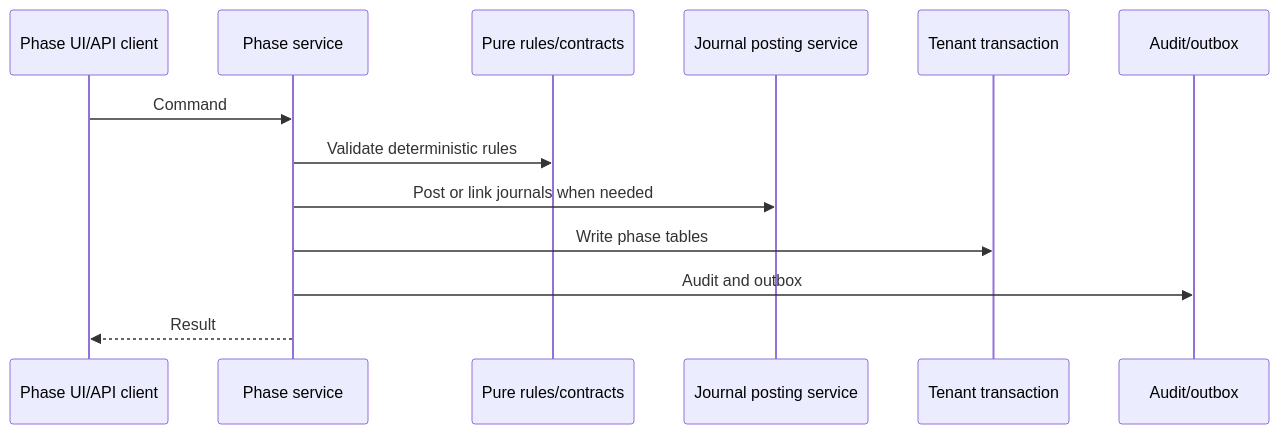
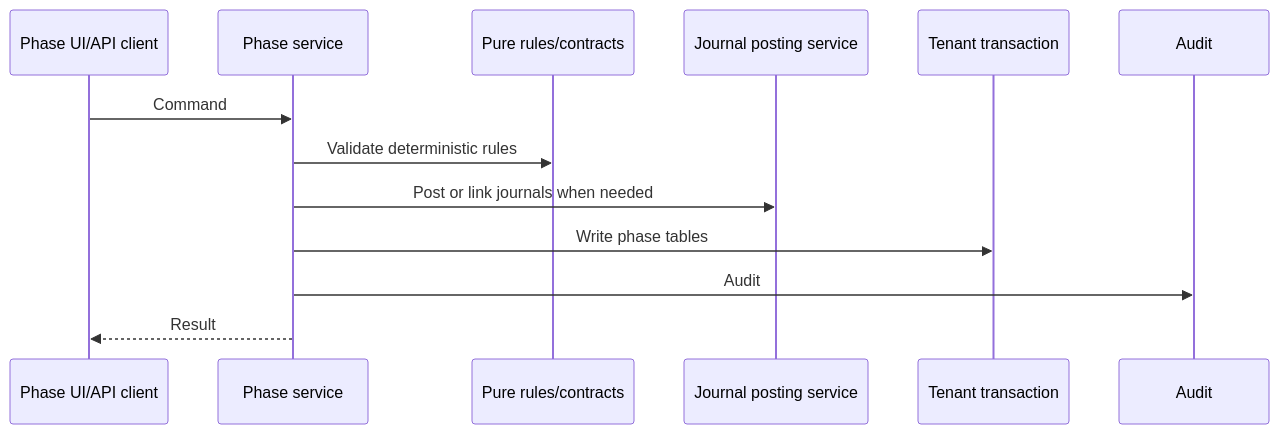
One commit to isherbuilds/edernal-books changed the second of 2 diagrams in docs/superpowers/plans/2026-06-16-phases-02-10-roadmap-plans.md. Above: the diagram before and after it, drawn with Mermaid. The commit also changed other lines of this file and 110 other files, not shown here.

````diff
--- a/docs/superpowers/plans/2026-06-16-phases-02-10-roadmap-plans.md
+++ b/docs/superpowers/plans/2026-06-16-phases-02-10-roadmap-plans.md
@@ -47,16 +47,16 @@
 ```mermaid
 sequenceDiagram
   participant UI as Phase UI/API client
   participant Service as Phase service
   participant Core as Pure rules/contracts
   participant Ledger as Journal posting service
   participant DB as Tenant transaction
-  participant Events as Audit/outbox
+  participant Audit as Audit
 
   UI->>Service: Command
   Service->>Core: Validate deterministic rules
   Service->>Ledger: Post or link journals when needed
   Service->>DB: Write phase tables
-  Service->>Events: Audit and outbox
+  Service->>Audit: Audit
   Service-->>UI: Result
 ```
````
